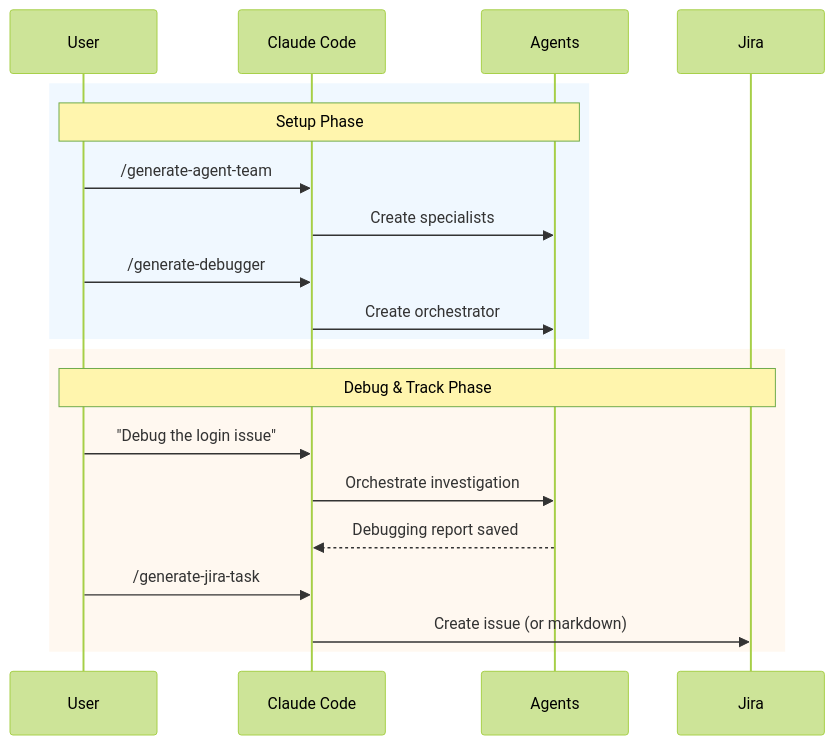
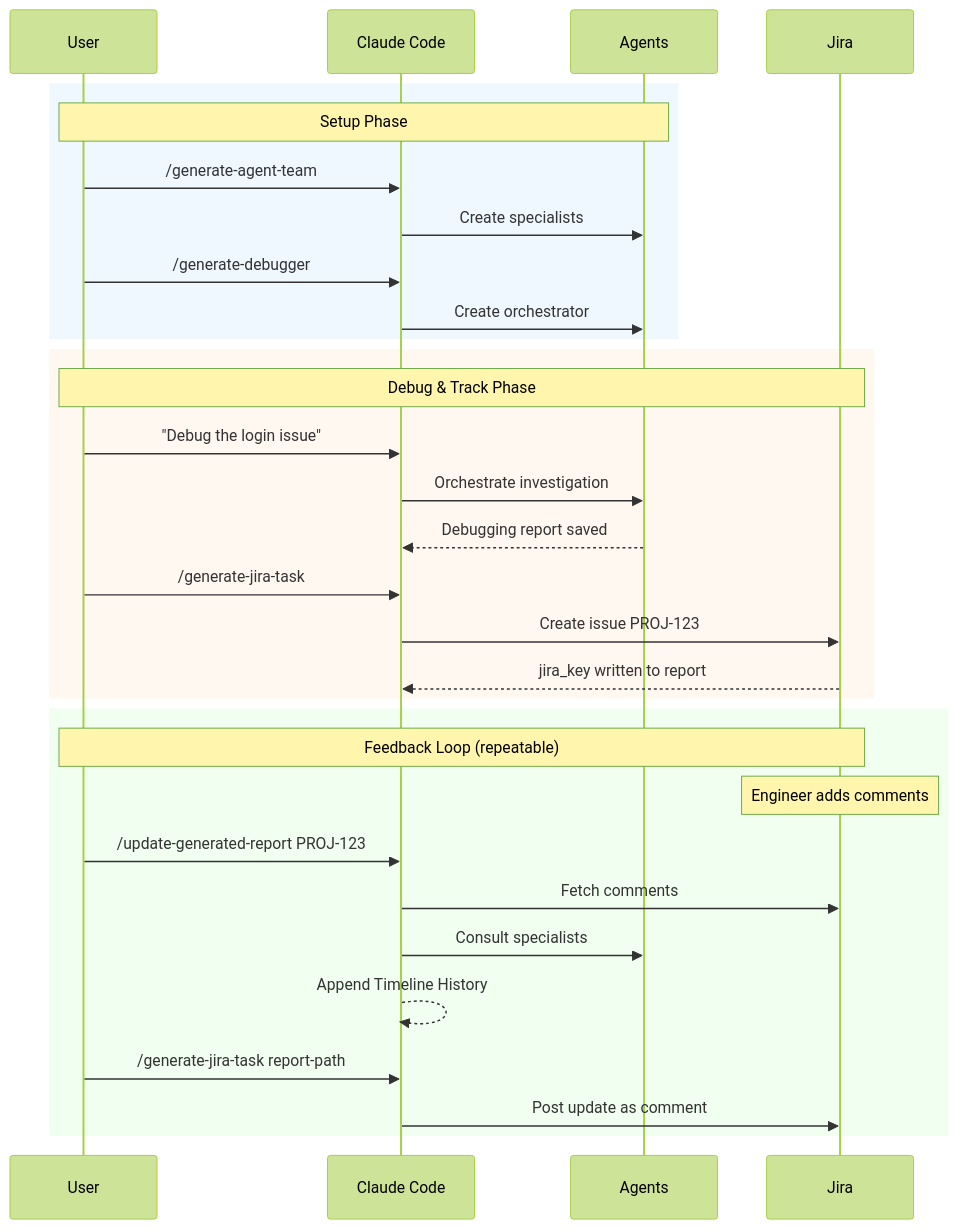
One commit to Cpicon/claude-code-plugins changed the fourth of 4 diagrams in README.md. Above: the diagram before and after it, drawn with Mermaid (forest theme). The commit also changed other lines of this file and 11 other files, not shown here.

First line of the commit message:
feat: integrate Jira comments into debugging workflow (#6)

````diff
--- a/README.md
+++ b/README.md
@@ -179,24 +197,36 @@
 ```mermaid
 sequenceDiagram
     participant U as User
     participant C as Claude Code
     participant A as Agents
     participant J as Jira
 
     rect rgb(240, 248, 255)
         Note over U,A: Setup Phase
         U->>C: /generate-agent-team
         C->>A: Create specialists
         U->>C: /generate-debugger
         C->>A: Create orchestrator
     end
 
     rect rgb(255, 248, 240)
         Note over U,J: Debug & Track Phase
         U->>C: "Debug the login issue"
         C->>A: Orchestrate investigation
         A-->>C: Debugging report saved
         U->>C: /generate-jira-task
-        C->>J: Create issue (or markdown)
+        C->>J: Create issue PROJ-123
+        J-->>C: jira_key written to report
+    end
+
+    rect rgb(240, 255, 240)
+        Note over U,J: Feedback Loop (repeatable)
+        Note over J: Engineer adds comments
+        U->>C: /update-generated-report PROJ-123
+        C->>J: Fetch comments
+        C->>A: Consult specialists
+        C-->>C: Append Timeline History
+        U->>C: /generate-jira-task report-path
+        C->>J: Post update as comment
     end
 ```
````
